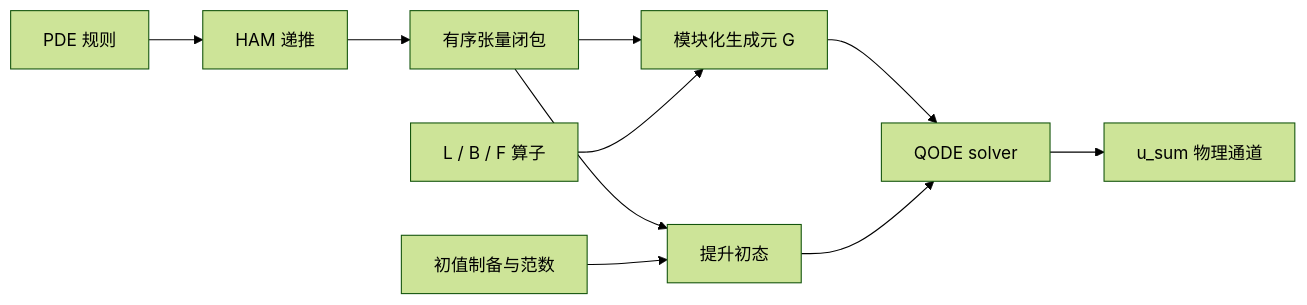
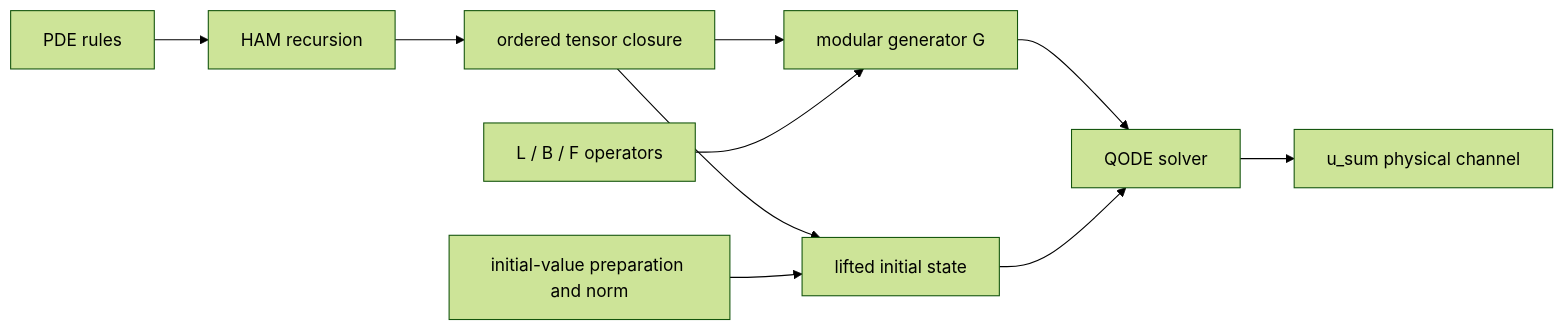
One commit to IAI-USTC-Quantum/oracq changed the diagram in docs/manual/qham.md. Above: the diagram before and after it, drawn with Mermaid (forest theme). The commit also changed other lines of this file and 420 other files, not shown here.

````diff
--- a/docs/manual/qham.md
+++ b/docs/manual/qham.md
@@ -72,12 +77,12 @@
 ```mermaid
 flowchart LR
-    P[PDE 规则] --> H[HAM 递推]
-    H --> C[有序张量闭包]
-    C --> G[模块化生成元 G]
-    B[L / B / F 算子] --> G
-    C --> Y[提升初态]
-    I[初值制备与范数] --> Y
+    P[PDE rules] --> H[HAM recursion]
+    H --> C[ordered tensor closure]
+    C --> G[modular generator G]
+    B[L / B / F operators] --> G
+    C --> Y[lifted initial state]
+    I[initial-value preparation and norm] --> Y
     G --> Q[QODE solver]
     Y --> Q
-    Q --> O[u_sum 物理通道]
+    Q --> O[u_sum physical channel]
 ```
````
